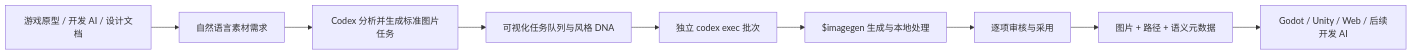
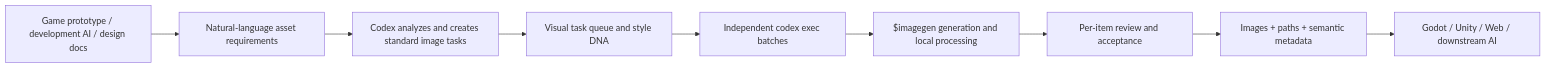
The diagram in README.md (Brycetlm/codex-asset-forge), drawn with Mermaid before and after one commit. The commit also changed other lines of this file and 1 other file, not shown here.

Commit message:
docs: add English README and language switcher

````diff
--- a/README.md
+++ b/README.md
@@ -147,11 +154,11 @@
 ```mermaid
 flowchart LR
-    A["游戏原型 / 开发 AI / 设计文档"] --> B["自然语言素材需求"]
-    B --> C["Codex 分析并生成标准图片任务"]
-    C --> D["可视化任务队列与风格 DNA"]
-    D --> E["独立 codex exec 批次"]
-    E --> F["$imagegen 生成与本地处理"]
-    F --> G["逐项审核与采用"]
-    G --> H["图片 + 路径 + 语义元数据"]
-    H --> I["Godot / Unity / Web / 后续开发 AI"]
+    A["Game prototype / development AI / design docs"] --> B["Natural-language asset requirements"]
+    B --> C["Codex analyzes and creates standard image tasks"]
+    C --> D["Visual task queue and style DNA"]
+    D --> E["Independent codex exec batches"]
+    E --> F["$imagegen generation and local processing"]
+    F --> G["Per-item review and acceptance"]
+    G --> H["Images + paths + semantic metadata"]
+    H --> I["Godot / Unity / Web / downstream AI"]
 ```
````
